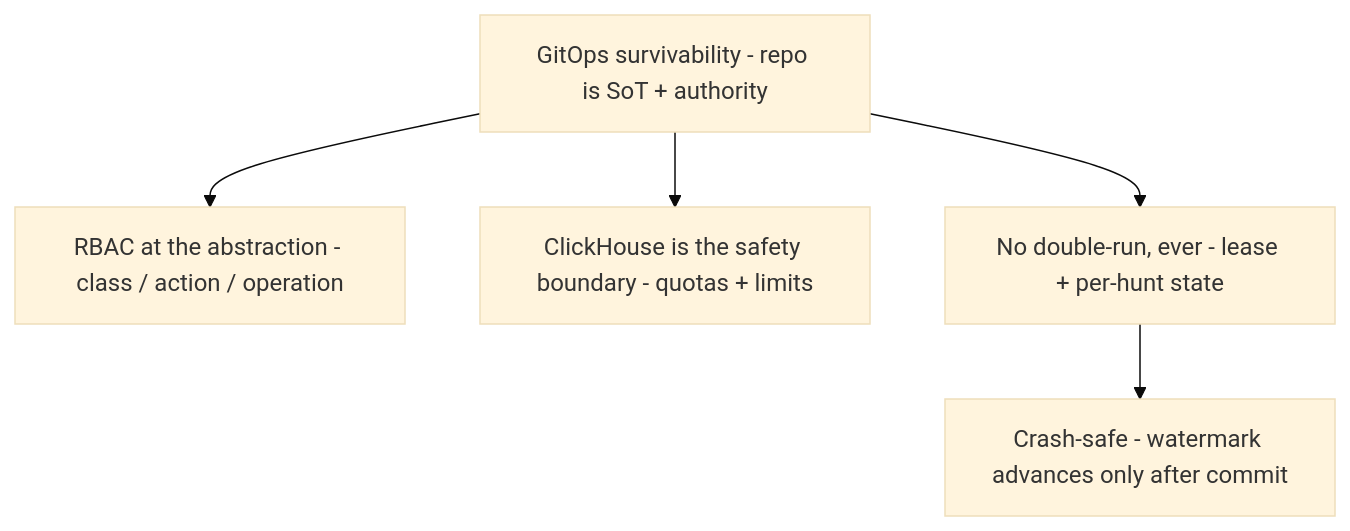
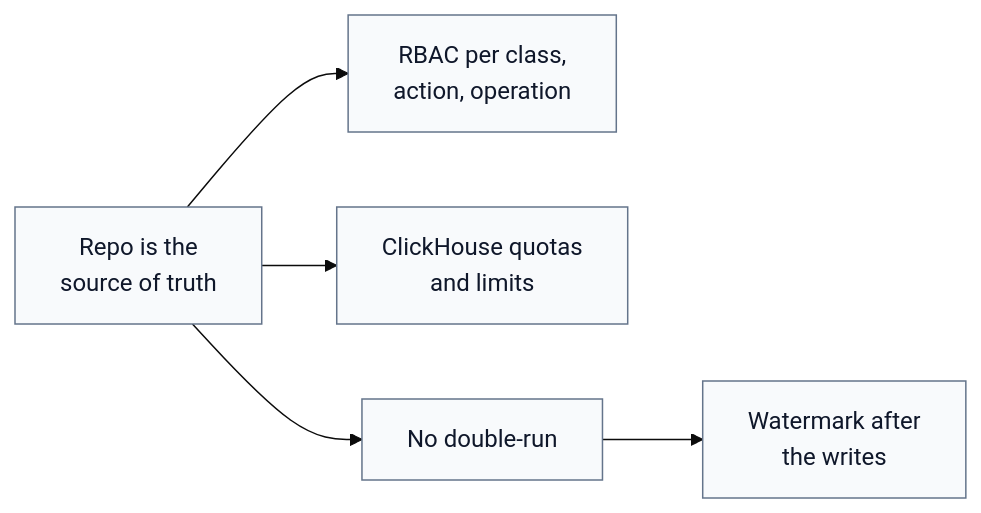
The eighth of 8 diagrams in docs/control-plane/governed-ops-design.md (hyperi-io/dfe-engine), drawn with Mermaid (base theme) before and after one commit. The commit also changed other lines of this file and 71 other files, not shown here.

First line of the commit message:
docs(engine): fix 159 claims and redraw every diagram

````diff
--- a/docs/control-plane/governed-ops-design.md
+++ b/docs/control-plane/governed-ops-design.md
@@ -381,13 +266,20 @@
 ```mermaid
-graph TD
-    Surv["GitOps survivability - repo is SoT + authority"]
-    RBAC["RBAC at the abstraction - class / action / operation"]
-    CHsafe["ClickHouse is the safety boundary - quotas + limits"]
-    NoDouble["No double-run, ever - lease + per-hunt state"]
-    Crash["Crash-safe - watermark advances only after commit"]
+flowchart LR
+    accTitle: L4 Detail -- What governed ops rests on
+    accDescr: The repo as source of truth and authority underpins RBAC at the class, action and operation level, ClickHouse as the safety boundary, and no double-run. A worker dying between its writes and the watermark repeats the window, and rule detections dedupe it.
 
-    Surv --> RBAC
-    Surv --> CHsafe
-    Surv --> NoDouble
-    NoDouble --> Crash
+    surv["Repo is the<br/>source of truth"]
+
+    rbac["RBAC per class,<br/>action, operation"]
+    chsafe["ClickHouse quotas<br/>and limits"]
+    nodouble["No double-run"]
+
+    crash["Watermark after<br/>the writes"]
+
+    surv --> rbac
+    surv --> chsafe
+    surv --> nodouble
+    nodouble --> crash
+
+    classDef default fill:#F8FAFC,stroke:#64748B,stroke-width:1px,color:#0F172A
 ```
````
